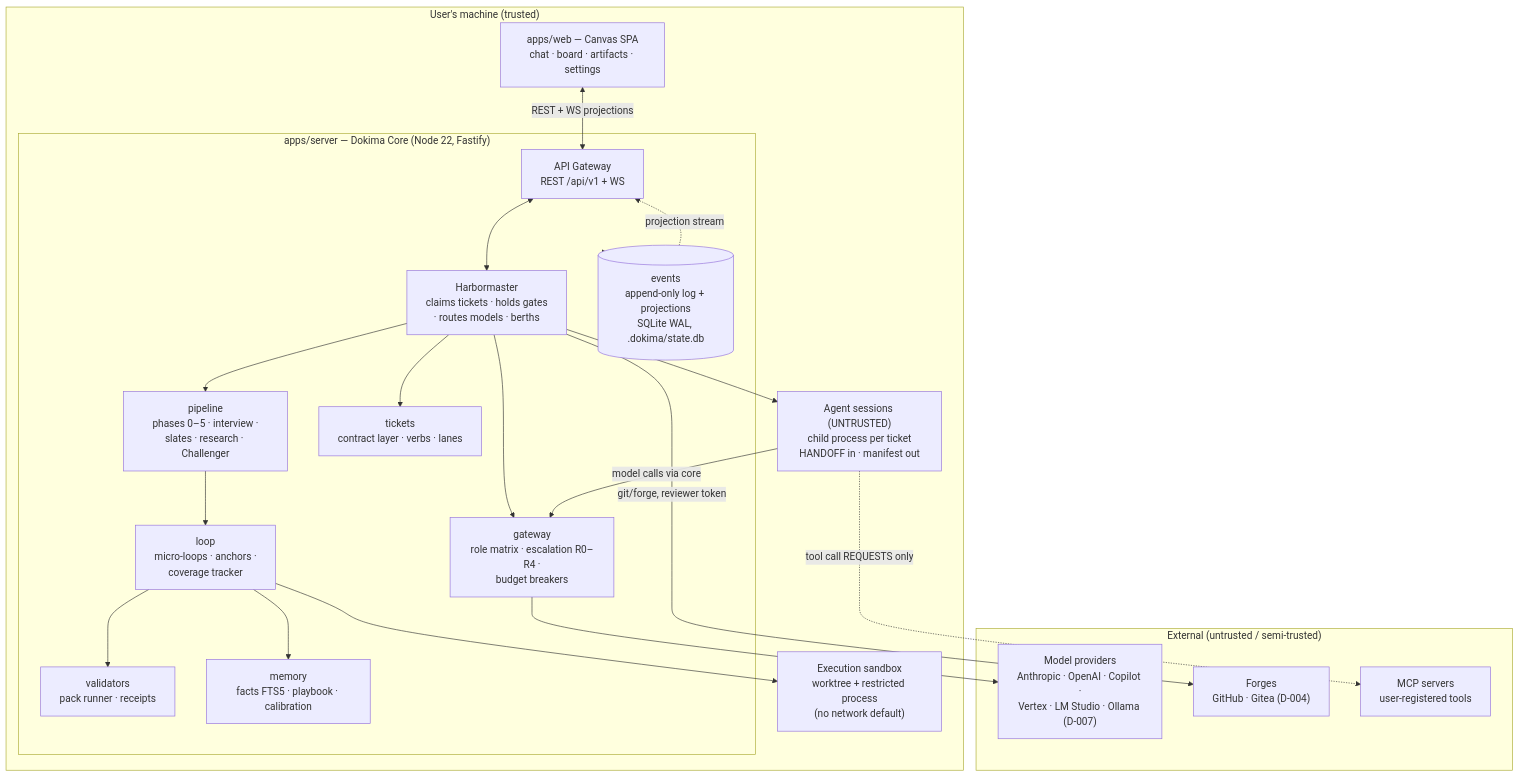
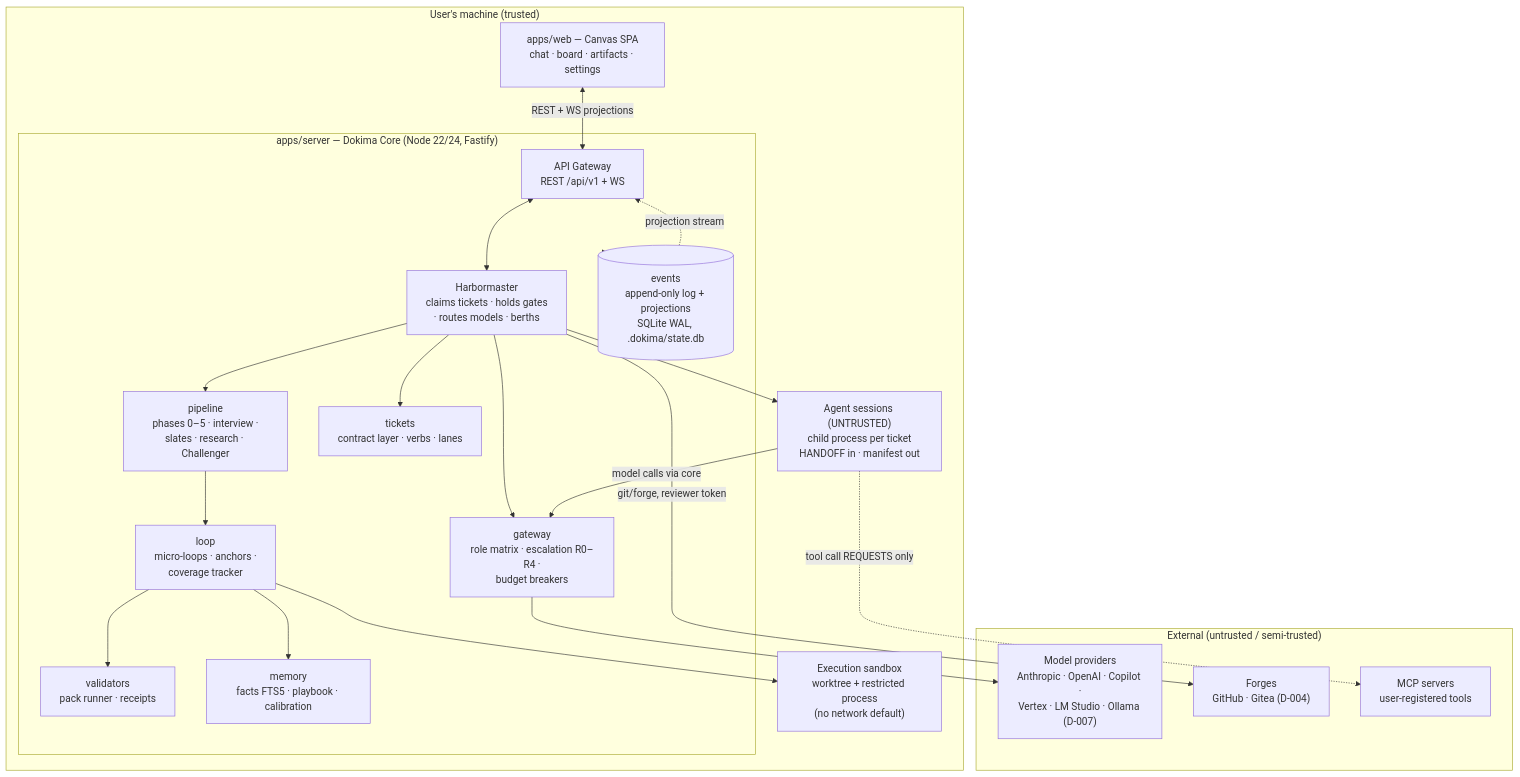
Before and after one commit to bpmforge/dokima: the first of 2 diagrams in docs/ARCHITECTURE.md, drawn with Mermaid. The commit also changed 18 other files, not shown here.

````diff
--- a/docs/ARCHITECTURE.md
+++ b/docs/ARCHITECTURE.md
@@ -11,37 +11,37 @@
 ```mermaid
 flowchart TB
     subgraph Local["User's machine (trusted)"]
       WEB["apps/web — Canvas SPA<br/>chat · board · artifacts · settings"]
-      subgraph Core["apps/server — Dokima Core (Node 22, Fastify)"]
+      subgraph Core["apps/server — Dokima Core (Node 22/24, Fastify)"]
         API["API Gateway<br/>REST /api/v1 + WS"]
         HM["Harbormaster<br/>claims tickets · holds gates<br/>· routes models · berths"]
         PIPE["pipeline<br/>phases 0–5 · interview ·<br/>slates · research · Challenger"]
         LOOP["loop<br/>micro-loops · anchors ·<br/>coverage tracker"]
         TICK["tickets<br/>contract layer · verbs · lanes"]
         VAL["validators<br/>pack runner · receipts"]
         GW["gateway<br/>role matrix · escalation R0–R4 ·<br/>budget breakers"]
         MEM["memory<br/>facts FTS5 · playbook · calibration"]
         EVT[("events<br/>append-only log + projections<br/>SQLite WAL, .dokima/state.db")]
       end
       SBX["Execution sandbox<br/>worktree + restricted process<br/>(no network default)"]
       AS["Agent sessions (UNTRUSTED)<br/>child process per ticket<br/>HANDOFF in · manifest out"]
     end
     subgraph Ext["External (untrusted / semi-trusted)"]
       PROV["Model providers<br/>Anthropic · OpenAI · Copilot ·<br/>Vertex · LM Studio · Ollama (D-007)"]
       FORGE["Forges<br/>GitHub · Gitea (D-004)"]
       MCPS["MCP servers<br/>user-registered tools"]
     end
     WEB <-->|REST + WS projections| API
     API <--> HM
     HM --> PIPE & TICK & GW
     PIPE --> LOOP
     LOOP --> VAL & MEM
     HM --> AS
     AS -->|model calls via core| GW
     GW --> PROV
     LOOP --> SBX
     HM -->|git/forge, reviewer token| FORGE
     AS -.->|tool call REQUESTS only| MCPS
     Core --> EVT
     EVT -.->|projection stream| API
 ```
````
